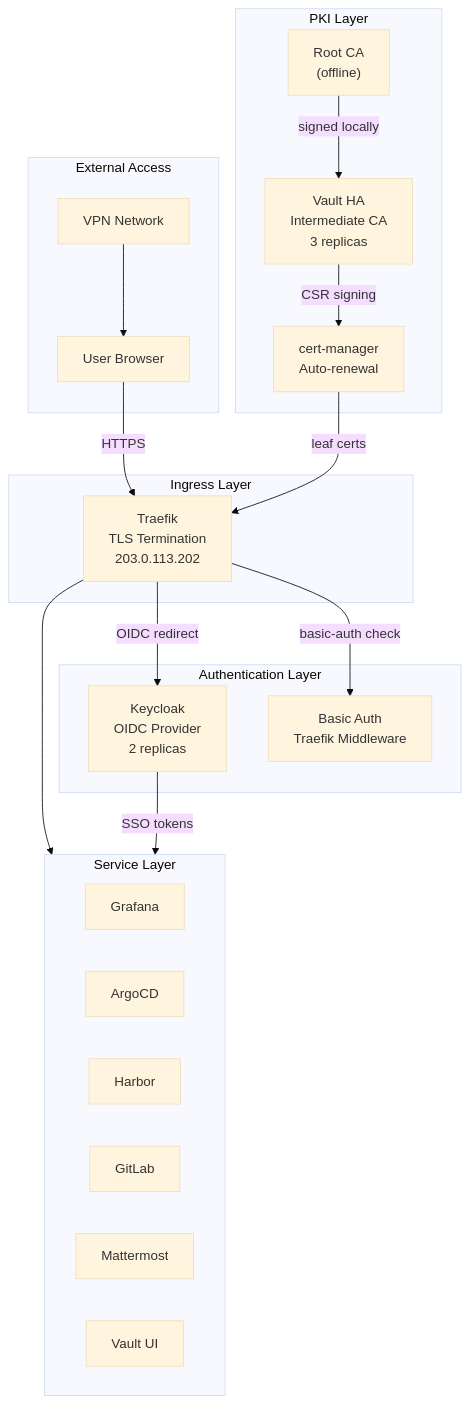
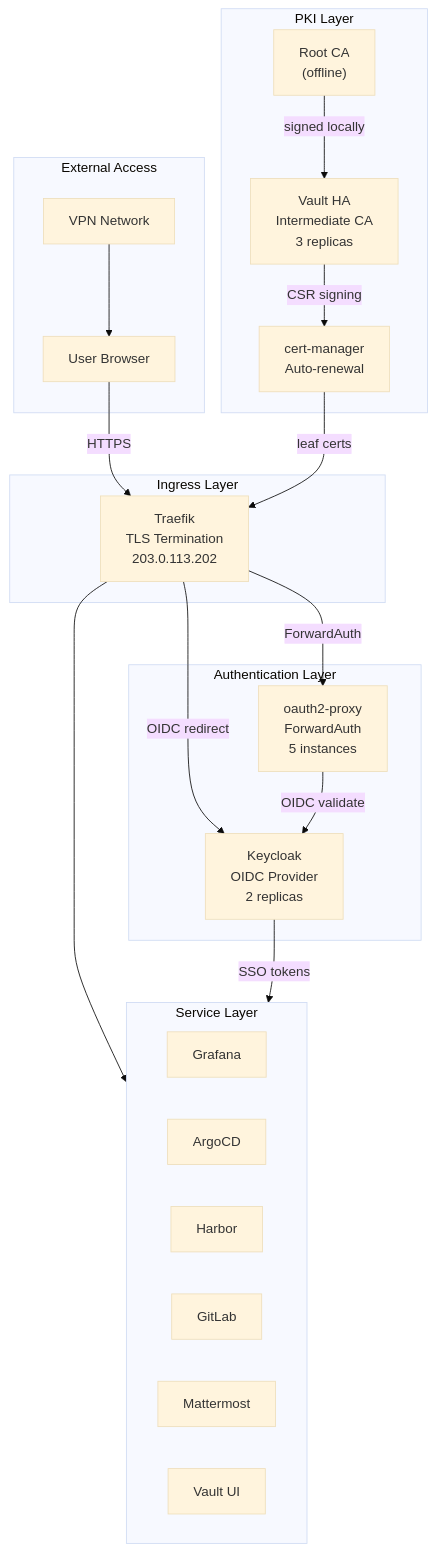
Before and after one commit to derhornspieler/harvester-rke2-platform: the first of 11 diagrams in docs/engineering/security-architecture.md, drawn with Mermaid (base theme). The commit also changed other lines of this file and 11 other files, not shown here.

````diff
--- a/docs/engineering/security-architecture.md
+++ b/docs/engineering/security-architecture.md
@@ -45,41 +45,42 @@
 ```mermaid
 graph TB
     subgraph External["External Access"]
         VPN["VPN Network"]
         Browser["User Browser"]
     end
 
     subgraph Ingress["Ingress Layer"]
         Traefik["Traefik<br/>TLS Termination<br/>203.0.113.202"]
     end
 
     subgraph Auth["Authentication Layer"]
         Keycloak["Keycloak<br/>OIDC Provider<br/>2 replicas"]
-        BasicAuth["Basic Auth<br/>Traefik Middleware"]
+        OAuth2Proxy["oauth2-proxy<br/>ForwardAuth<br/>5 instances"]
     end
 
     subgraph PKI["PKI Layer"]
         RootCA["Root CA<br/>(offline)"]
         Vault["Vault HA<br/>Intermediate CA<br/>3 replicas"]
         CertManager["cert-manager<br/>Auto-renewal"]
     end
 
     subgraph Services["Service Layer"]
         Grafana["Grafana"]
         ArgoCD["ArgoCD"]
         Harbor["Harbor"]
         GitLab["GitLab"]
         Mattermost["Mattermost"]
         VaultUI["Vault UI"]
     end
 
     VPN --> Browser
     Browser -->|HTTPS| Traefik
     Traefik -->|OIDC redirect| Keycloak
-    Traefik -->|basic-auth check| BasicAuth
+    Traefik -->|ForwardAuth| OAuth2Proxy
+    OAuth2Proxy -->|OIDC validate| Keycloak
     Traefik --> Services
     RootCA -->|signed locally| Vault
     Vault -->|CSR signing| CertManager
     CertManager -->|leaf certs| Traefik
     Keycloak -->|SSO tokens| Services
 ```
````
